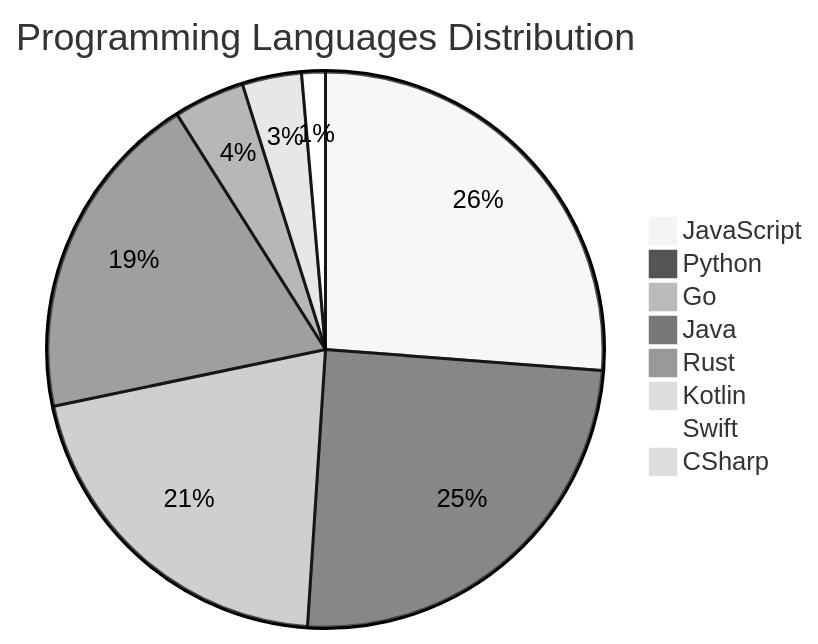
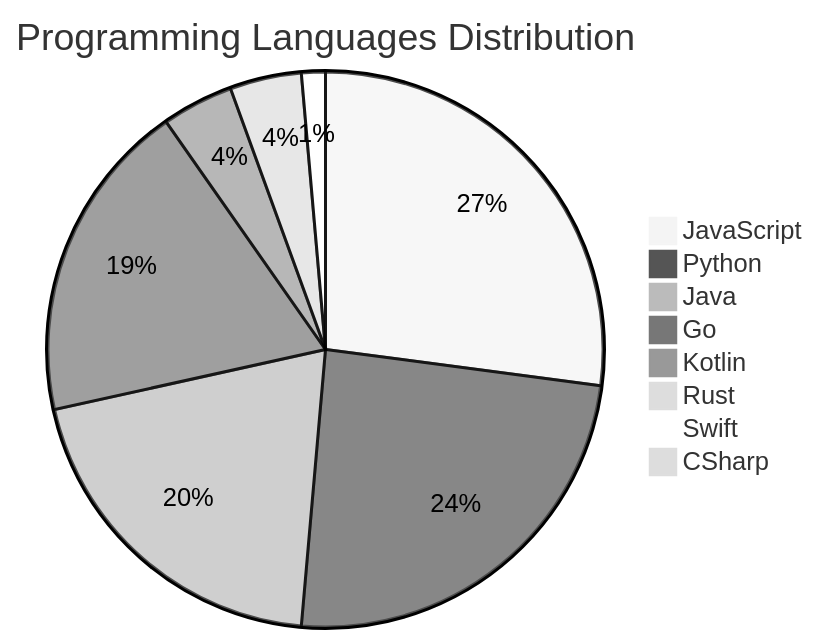
Before and after one commit to Derrick-MUGISHA/github-activity-bot: the diagram in README.md, drawn with Mermaid (neutral theme). The commit also changed other lines of this file and 4 other files, not shown here.

````diff
--- a/README.md
+++ b/README.md
@@ -208,11 +208,11 @@
 ```mermaid
 pie title Programming Languages Distribution
-    "JavaScript" : 38
-    "Python" : 36
-    "Go" : 30
-    "Java" : 28
+    "JavaScript" : 39
+    "Python" : 35
+    "Java" : 29
+    "Go" : 27
+    "Kotlin" : 6
     "Rust" : 6
-    "Kotlin" : 5
     "Swift" : 2
     "CSharp" : 1
 ```
````
